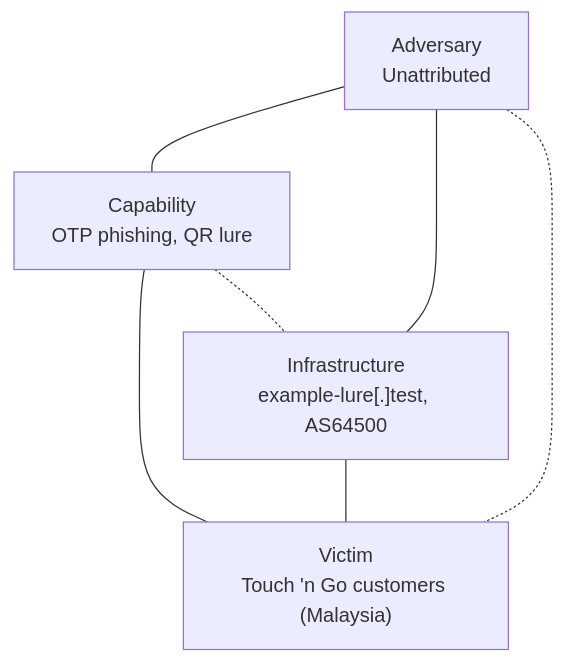
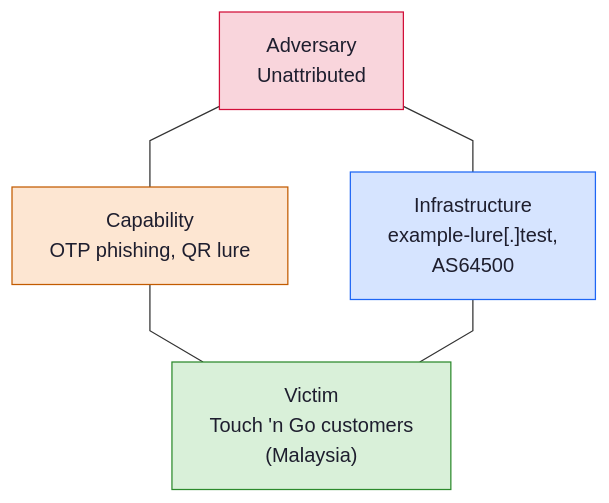
The diagram in reports/2026/09/2026-09-21_phish-touch-n-go-example-lure-test/report.md (FukuroCTI/fukuro-reports), drawn with Mermaid before and after one commit. The commit also changed other lines of this file, not shown here.

First line of the commit message:
Update report: phish-touch-n-go-example-lure-test (new report format)

````diff
--- a/reports/2026/09/2026-09-21_phish-touch-n-go-example-lure-test/report.md
+++ b/reports/2026/09/2026-09-21_phish-touch-n-go-example-lure-test/report.md
@@ -48,13 +58,20 @@
 ```mermaid
+%%{init: {'flowchart': {'curve': 'linear'}}}%%
 flowchart TB
   A["Adversary<br/>Unattributed"]
   C["Capability<br/>OTP phishing, QR lure"]
-  I["Infrastructure<br/>example-lure[.]test, AS64500"]
-  V["Victim<br/>Touch 'n Go customers (Malaysia)"]
+  I["Infrastructure<br/>example-lure[.]test,<br/>AS64500"]
+  V["Victim<br/>Touch 'n Go customers<br/>(Malaysia)"]
   A --- C
   A --- I
   C --- V
   I --- V
-  A -.- V
-  C -.- I
+  classDef adv fill:#f9d5dc,stroke:#d20f39,color:#1e1e2e
+  classDef cap fill:#fde6d2,stroke:#c25b00,color:#1e1e2e
+  classDef inf fill:#d6e4ff,stroke:#1e66f5,color:#1e1e2e
+  classDef vic fill:#d9f0d9,stroke:#2c8a2c,color:#1e1e2e
+  class A adv
+  class C cap
+  class I inf
+  class V vic
 ```
````
